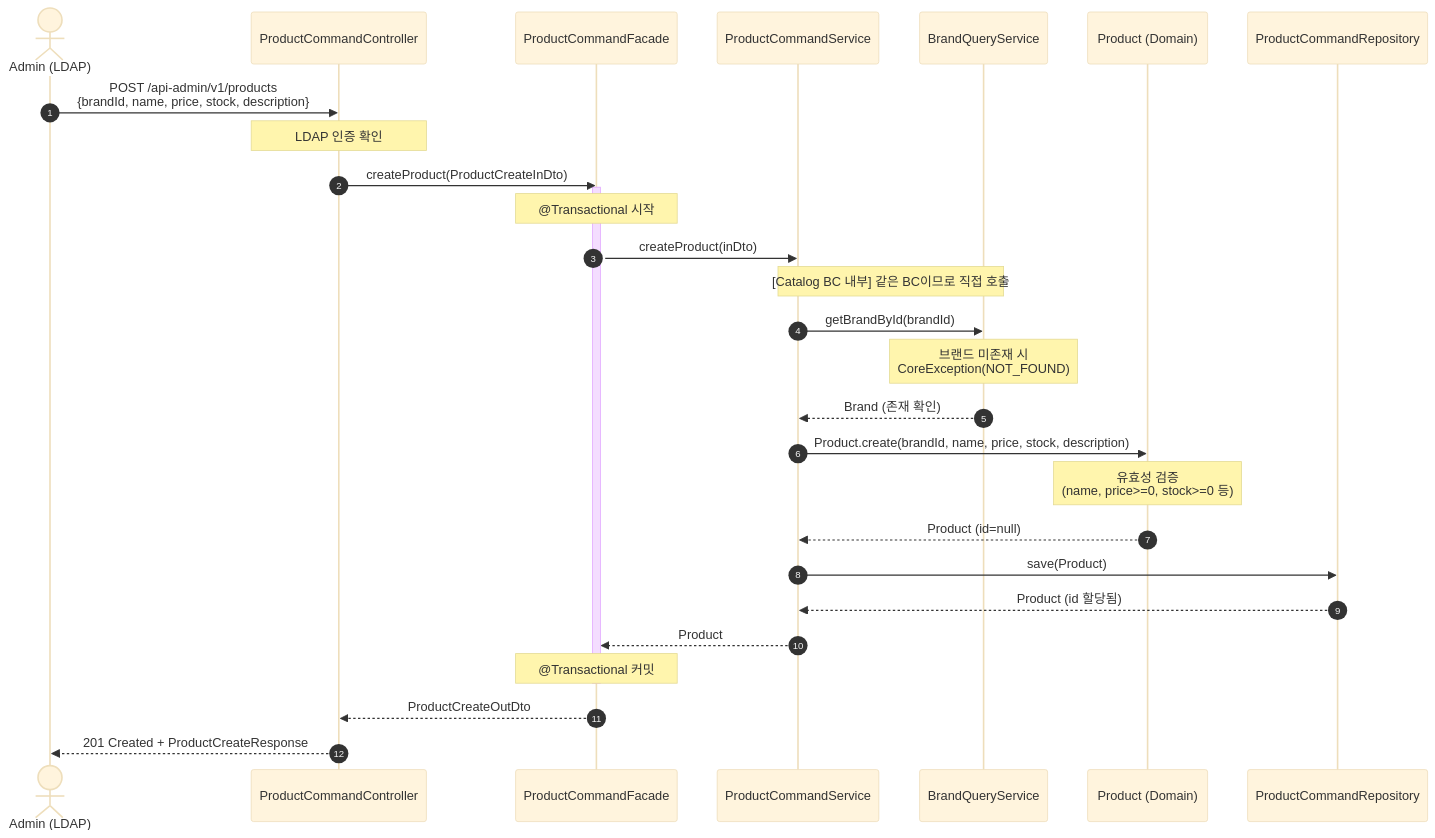
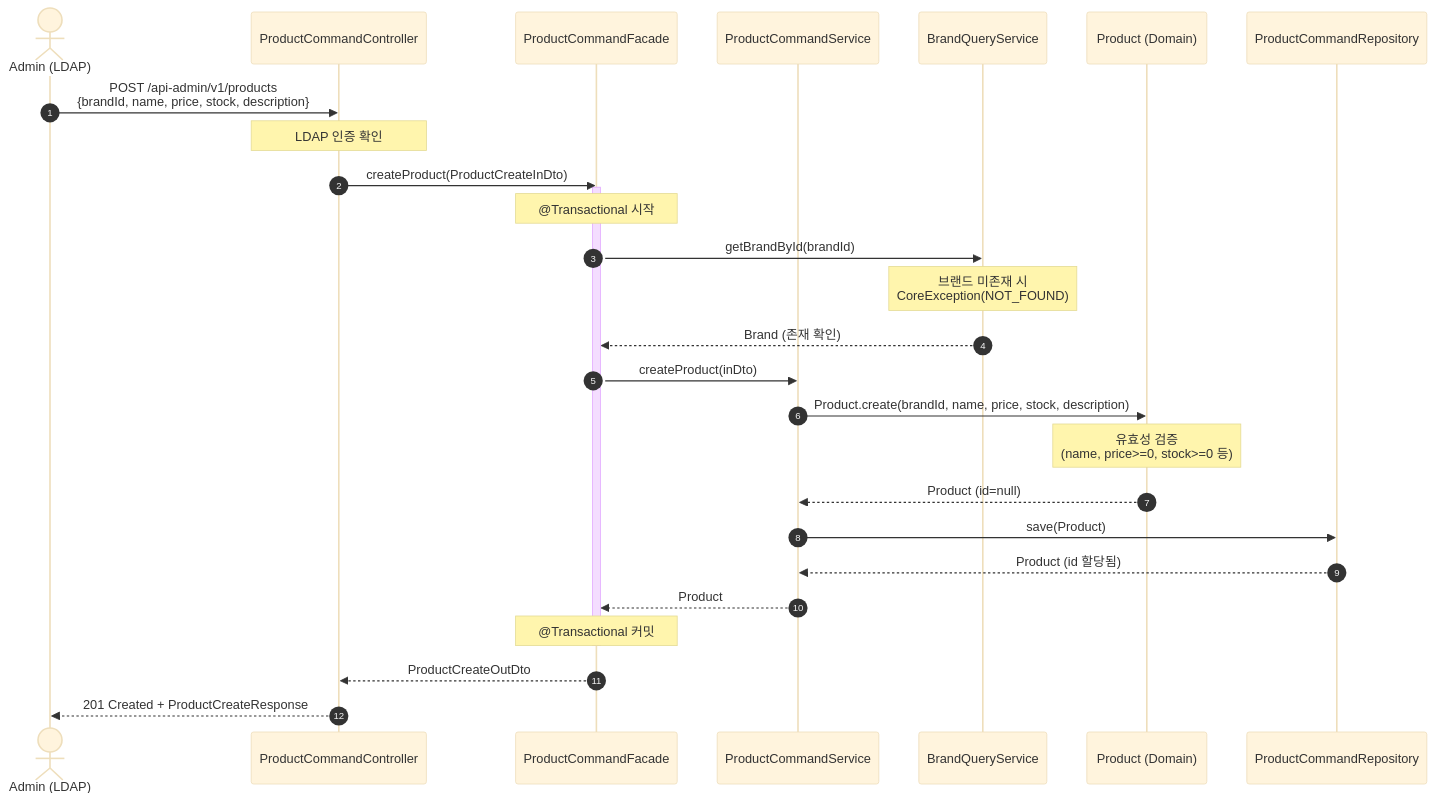
Diagram 11 of 30 in docs/design/02-sequence-diagrams.md (Hwan0518/loop-pack-be-l2-vol3-java), drawn with Mermaid (base theme) before and after one commit. The commit also changed other lines of this file and 474 other files, not shown here.

````diff
--- a/docs/design/02-sequence-diagrams.md
+++ b/docs/design/02-sequence-diagrams.md
@@ -454,36 +601,35 @@
 ```mermaid
 sequenceDiagram
     autonumber
     actor Admin as Admin (LDAP)
     participant Controller as ProductCommandController
     participant Facade as ProductCommandFacade
     participant Service as ProductCommandService
     participant BrandQService as BrandQueryService
     participant Product as Product (Domain)
     participant Repository as ProductCommandRepository
 
     Admin->>Controller: POST /api-admin/v1/products<br/>{brandId, name, price, stock, description}
     Note over Controller: LDAP 인증 확인
     Controller->>Facade: createProduct(ProductCreateInDto)
     activate Facade
     Note over Facade: @Transactional 시작
 
+    Facade->>BrandQService: getBrandById(brandId)
+    Note over BrandQService: 브랜드 미존재 시<br/>CoreException(NOT_FOUND)
+    BrandQService-->>Facade: Brand (존재 확인)
+
     Facade->>Service: createProduct(inDto)
-
-    Note over Service,BrandQService: [Catalog BC 내부] 같은 BC이므로 직접 호출
-    Service->>BrandQService: getBrandById(brandId)
-    Note over BrandQService: 브랜드 미존재 시<br/>CoreException(NOT_FOUND)
-    BrandQService-->>Service: Brand (존재 확인)
 
     Service->>Product: Product.create(brandId, name, price, stock, description)
     Note over Product: 유효성 검증<br/>(name, price>=0, stock>=0 등)
     Product-->>Service: Product (id=null)
     Service->>Repository: save(Product)
     Repository-->>Service: Product (id 할당됨)
     Service-->>Facade: Product
 
     Note over Facade: @Transactional 커밋
     deactivate Facade
     Facade-->>Controller: ProductCreateOutDto
     Controller-->>Admin: 201 Created + ProductCreateResponse
 ```
````
